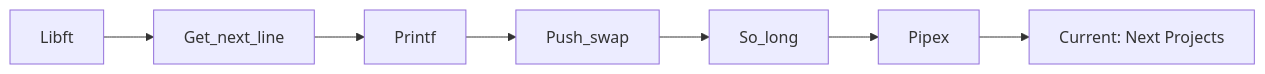
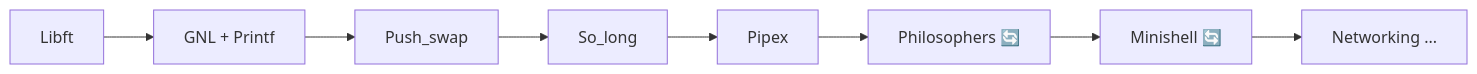
Before and after one commit to Motaz9999/Motaz9999: the diagram in README.md, drawn with Mermaid. The commit also changed other lines of this file, not shown here.

````diff
--- a/README.md
+++ b/README.md
@@ -186,9 +137,10 @@
 ```mermaid
 graph LR
-    A[Libft] --> B[Get_next_line]
-    B --> C[Printf]
-    C --> D[Push_swap]
-    D --> E[So_long]
-    E --> F[Pipex]
-    F --> G[Current: Next Projects]
+    A[Libft] --> B[GNL + Printf]
+    B --> C[Push_swap]
+    C --> D[So_long]
+    D --> E[Pipex]
+    E --> F[Philosophers 🔄]
+    F --> G[Minishell 🔄]
+    G --> H[Networking ...]
 ```
````
